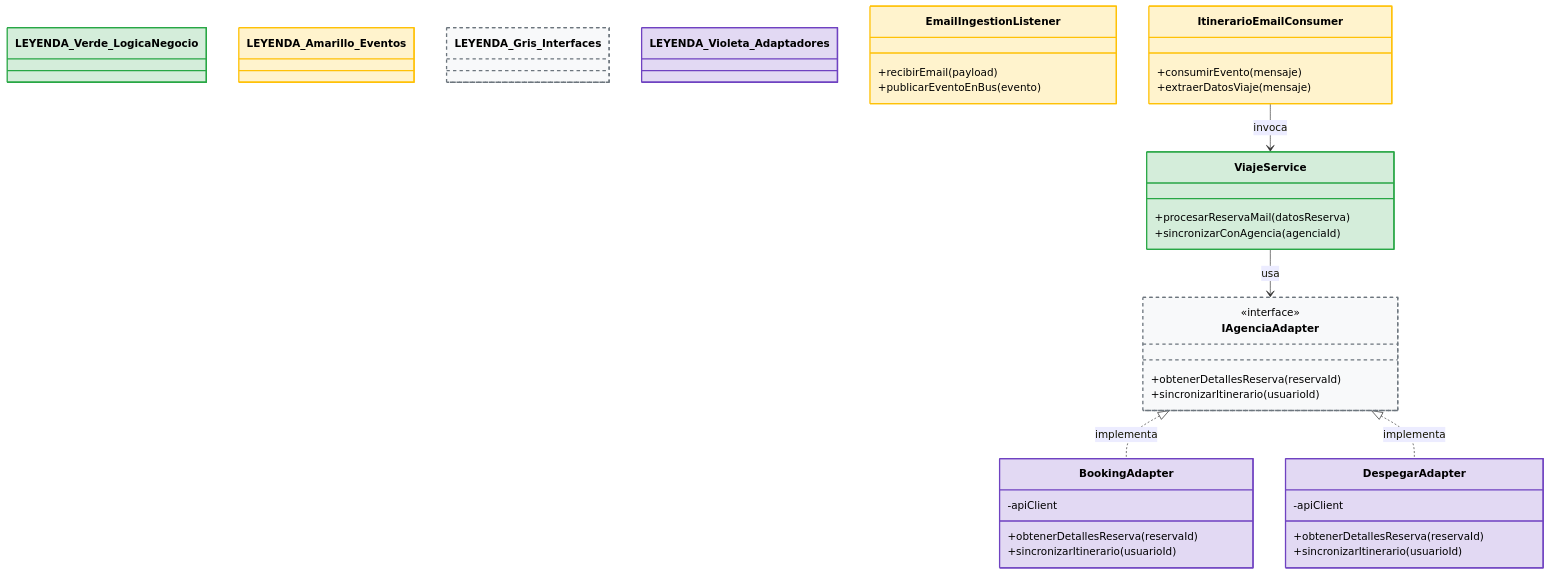
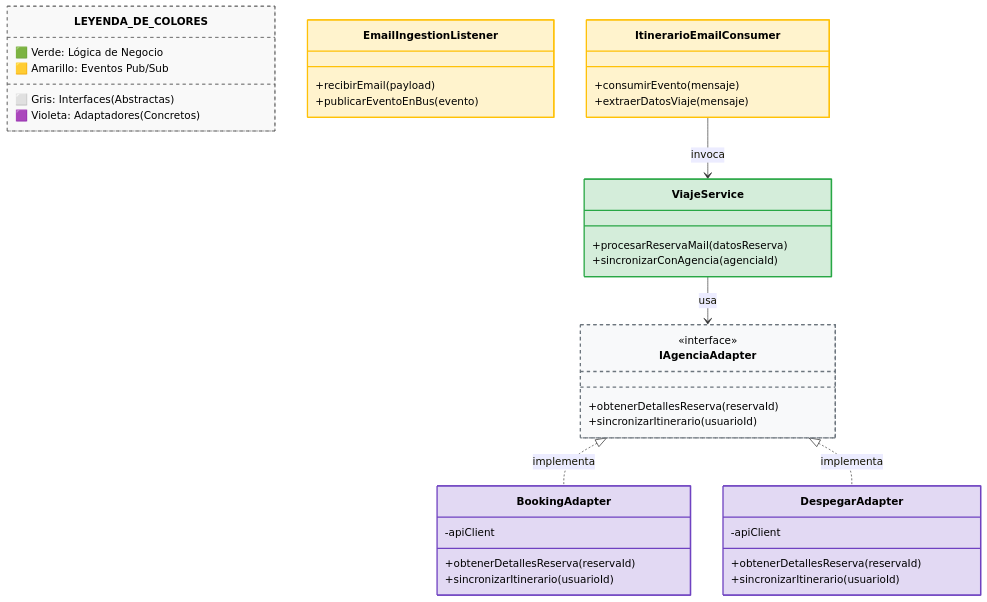
One commit to ulisesmatteoda/Trotamundos-Grupo23 changed the second of 2 diagrams in Iteraciones/Iteracion2-Prov.md. Above: the diagram before and after it, drawn with Mermaid.

Commit message:
Retoques de la vista, detalles

````diff
--- a/Iteraciones/Iteracion2-Prov.md
+++ b/Iteraciones/Iteracion2-Prov.md
@@ -200,64 +200,63 @@
 ```mermaid
 classDiagram
-    %% Leyenda Gráfica Simulada (Clases sueltas arriba)
-    class LEYENDA_Verde_LogicaNegocio
-    class LEYENDA_Amarillo_Eventos
-    class LEYENDA_Gris_Interfaces
-    class LEYENDA_Violeta_Adaptadores
+    %% Leyenda unificada en un solo bloque vertical
+    class LEYENDA_DE_COLORES {
+        🟩 Verde: Lógica de Negocio
+        🟨 Amarillo: Eventos Pub/Sub
+        ⬜ Gris: Interfaces (Abstractas)
+        🟪 Violeta: Adaptadores (Concretos)
+    }
 
     class ViajeService {
         +procesarReservaMail(datosReserva)
         +sincronizarConAgencia(agenciaId)
     }
 
     class IAgenciaAdapter {
         <<interface>>
         +obtenerDetallesReserva(reservaId)
         +sincronizarItinerario(usuarioId)
     }
 
     class BookingAdapter {
         -apiClient
         +obtenerDetallesReserva(reservaId)
         +sincronizarItinerario(usuarioId)
     }
 
     class DespegarAdapter {
         -apiClient
         +obtenerDetallesReserva(reservaId)
         +sincronizarItinerario(usuarioId)
     }
     
     class EmailIngestionListener {
         +recibirEmail(payload)
         +publicarEventoEnBus(evento)
     }
 
     class ItinerarioEmailConsumer {
         +consumirEvento(mensaje)
         +extraerDatosViaje(mensaje)
     }
 
     %% Relaciones de dependencia (allowed-to-use) y realización
     ItinerarioEmailConsumer --> ViajeService : invoca
     ViajeService --> IAgenciaAdapter : usa
     
     IAgenciaAdapter <|.. BookingAdapter : implementa
     IAgenciaAdapter <|.. DespegarAdapter : implementa
 
-    %% Forzando texto negro en todos lados para que no falle en Dark Mode
-    style LEYENDA_Verde_LogicaNegocio fill:#d4edda,stroke:#28a745,stroke-width:2px,color:#000000
-    style LEYENDA_Amarillo_Eventos fill:#fff3cd,stroke:#ffc107,stroke-width:2px,color:#000000
-    style LEYENDA_Gris_Interfaces fill:#f8f9fa,stroke:#6c757d,stroke-width:2px,color:#000000,stroke-dasharray: 5 5
-    style LEYENDA_Violeta_Adaptadores fill:#e2d9f3,stroke:#6f42c1,stroke-width:2px,color:#000000
+    %% Estilos de colores
+    style LEYENDA_DE_COLORES fill:#f9f9f9,stroke:#666,stroke-width:1px,color:#000000,stroke-dasharray: 5 5
 
     style ViajeService fill:#d4edda,stroke:#28a745,stroke-width:2px,color:#000000
     
     style EmailIngestionListener fill:#fff3cd,stroke:#ffc107,stroke-width:2px,color:#000000
     style ItinerarioEmailConsumer fill:#fff3cd,stroke:#ffc107,stroke-width:2px,color:#000000
     
     style IAgenciaAdapter fill:#f8f9fa,stroke:#6c757d,stroke-width:2px,color:#000000,stroke-dasharray: 5 5
     
     style BookingAdapter fill:#e2d9f3,stroke:#6f42c1,stroke-width:2px,color:#000000
     style DespegarAdapter fill:#e2d9f3,stroke:#6f42c1,stroke-width:2px,color:#000000
 ```
````
